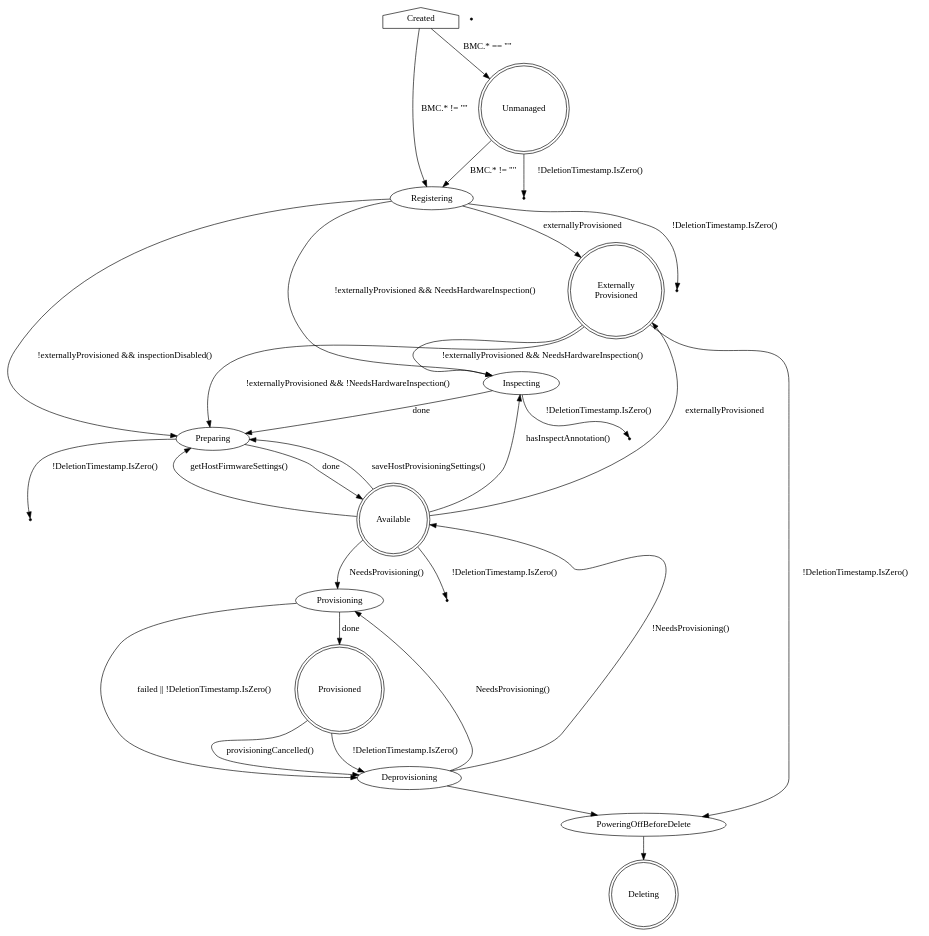
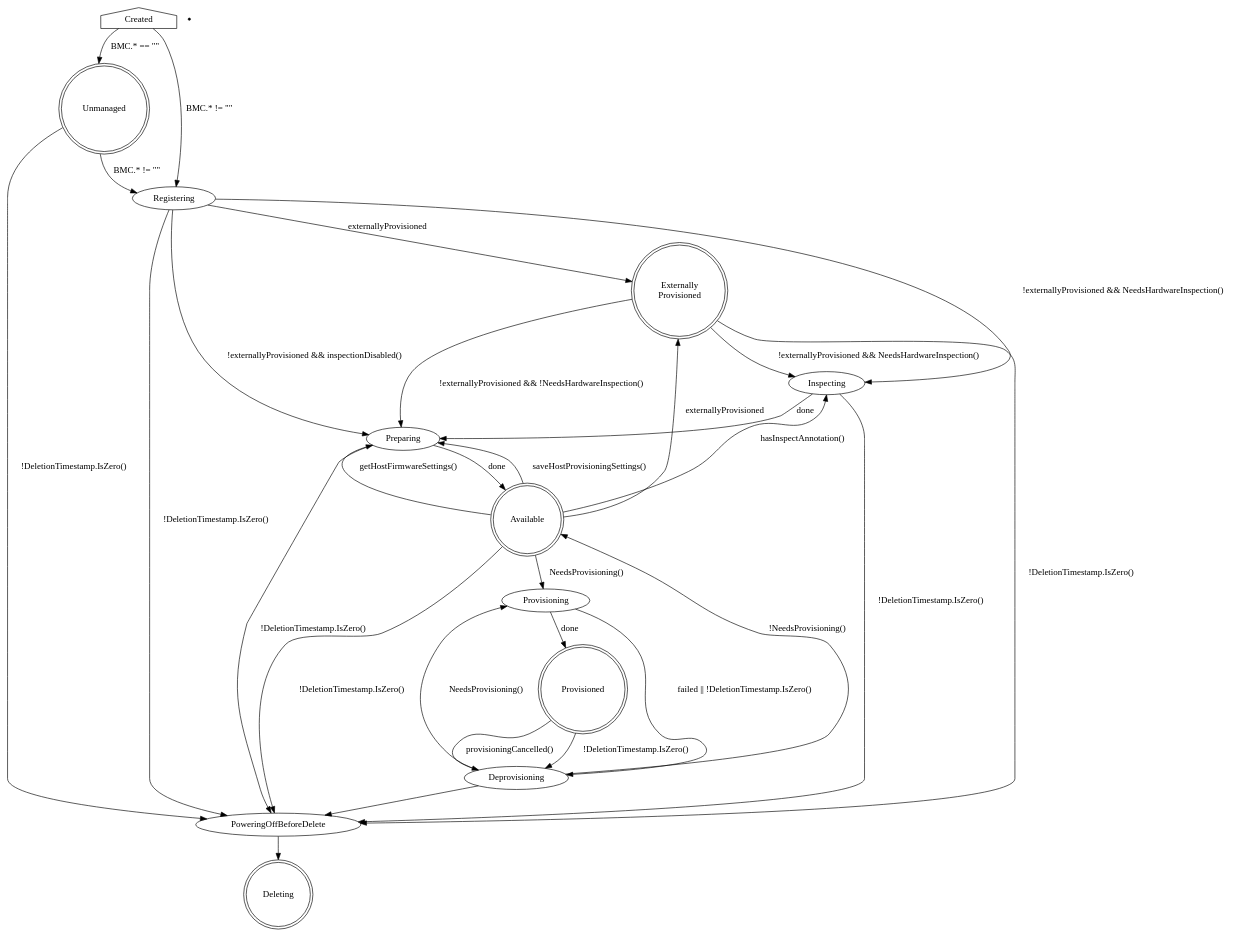
Before and after one commit to metal3-io/baremetal-operator: the diagram in docs/BaremetalHost_ProvisioningState.dot, drawn with Graphviz. The commit also changed 1 other file, not shown here.

Commit message:
Simplify diagram by removing fake deleting states

```diff
--- a/docs/BaremetalHost_ProvisioningState.dot
+++ b/docs/BaremetalHost_ProvisioningState.dot
@@ -1,63 +1,53 @@
 digraph BaremetalHost {
     Created [shape=house]
     Created -> Unmanaged [label="BMC.* == \"\""]
     Created -> Registering [label="BMC.* != \"\""]
 
     Unmanaged [shape=doublecircle]
     Unmanaged -> Registering [label="BMC.* != \"\""]
-    Unmanaged -> Deleting1 [label="!DeletionTimestamp.IsZero()"]
-
-    Deleting1 [shape=point]
+    Unmanaged -> PoweringOffBeforeDelete [label="!DeletionTimestamp.IsZero()"]
 
     ExternallyProvisioned [label="Externally\nProvisioned"]
 
     Registering -> Inspecting [label="!externallyProvisioned && NeedsHardwareInspection()"]
     Registering -> Preparing [label="!externallyProvisioned && inspectionDisabled()"]
     Registering -> ExternallyProvisioned [label="externallyProvisioned"]
-    Registering -> Deleting2 [label="!DeletionTimestamp.IsZero()"]
-
-    Deleting2 [shape=point]
+    Registering -> PoweringOffBeforeDelete [label="!DeletionTimestamp.IsZero()"]
 
     ExternallyProvisioned -> Inspecting [label="!externallyProvisioned && NeedsHardwareInspection()"]
     ExternallyProvisioned -> Preparing [label="!externallyProvisioned && !NeedsHardwareInspection()"]
     Available -> ExternallyProvisioned [label="externallyProvisioned"]
 
     Inspecting -> Preparing [label="done"]
-    Inspecting -> Deleting3 [label="!DeletionTimestamp.IsZero()"]
-
-    Deleting3 [shape=point]
-
-    Deleting5 [shape=point]
+    Inspecting -> PoweringOffBeforeDelete [label="!DeletionTimestamp.IsZero()"]
 
     Preparing -> Available [label="done"]
-    Preparing -> Deleting6 [label="!DeletionTimestamp.IsZero()"]
-
-    Deleting6 [shape=point]
+    Preparing -> PoweringOffBeforeDelete [label="!DeletionTimestamp.IsZero()"]
 
     Available [shape=doublecircle]
     Available -> Provisioning [label="NeedsProvisioning()"]
     Available -> Preparing [label="saveHostProvisioningSettings()"]
     Available -> Preparing [label="getHostFirmwareSettings()"]
-    Available -> Deleting7 [label="!DeletionTimestamp.IsZero()"]
+    Available -> PoweringOffBeforeDelete [label="!DeletionTimestamp.IsZero()"]
     Available -> Inspecting [label="hasInspectAnnotation()"]
 
     Deleting7 [shape=point]
 
     Provisioning -> Provisioned [label=done]
     Provisioning -> Deprovisioning [label="failed || !DeletionTimestamp.IsZero()"]
 
     Provisioned [shape=doublecircle]
     Provisioned -> Deprovisioning [label="provisioningCancelled()"]
     Provisioned -> Deprovisioning [label="!DeletionTimestamp.IsZero()"]
 
     ExternallyProvisioned [shape=doublecircle]
     ExternallyProvisioned -> PoweringOffBeforeDelete [label="!DeletionTimestamp.IsZero()"]
 
     Deprovisioning -> Provisioning [label="NeedsProvisioning()"]
     Deprovisioning -> Available [label="!NeedsProvisioning()"]
 
     Deprovisioning -> PoweringOffBeforeDelete
     PoweringOffBeforeDelete -> Deleting
 
     Deleting [shape=doublecircle]
 }
```
